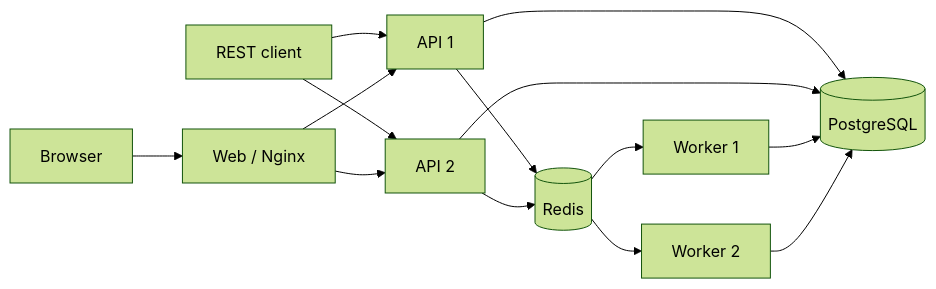
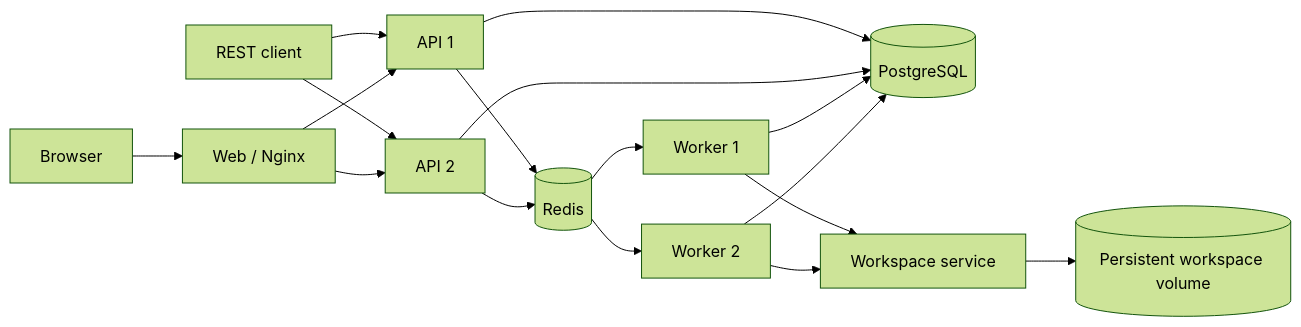
The diagram in apps/distributed/README.md (mill413/deepseek-harness), drawn with Mermaid (forest theme) before and after one commit. The commit also changed other lines of this file and 18 other files, not shown here.

Commit message:
feat(distributed): add shared workspace tool service

````diff
--- a/apps/distributed/README.md
+++ b/apps/distributed/README.md
@@ -7,16 +7,19 @@
 ```mermaid
 flowchart LR
   B[Browser] --> W[Web / Nginx]
   C[REST client] --> A1[API 1]
   C --> A2[API 2]
   W --> A1
   W --> A2
   A1 --> P[(PostgreSQL)]
   A2 --> P
   A1 --> R[(Redis)]
   A2 --> R
   R --> W1[Worker 1]
   R --> W2[Worker 2]
   W1 --> P
   W2 --> P
+  W1 --> S[Workspace service]
+  W2 --> S
+  S --> V[(Persistent workspace volume)]
 ```
````
